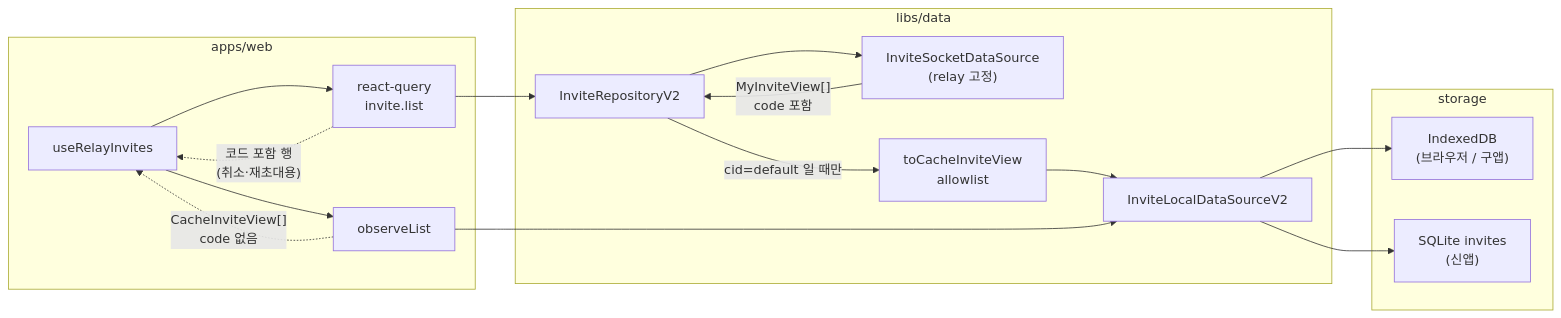
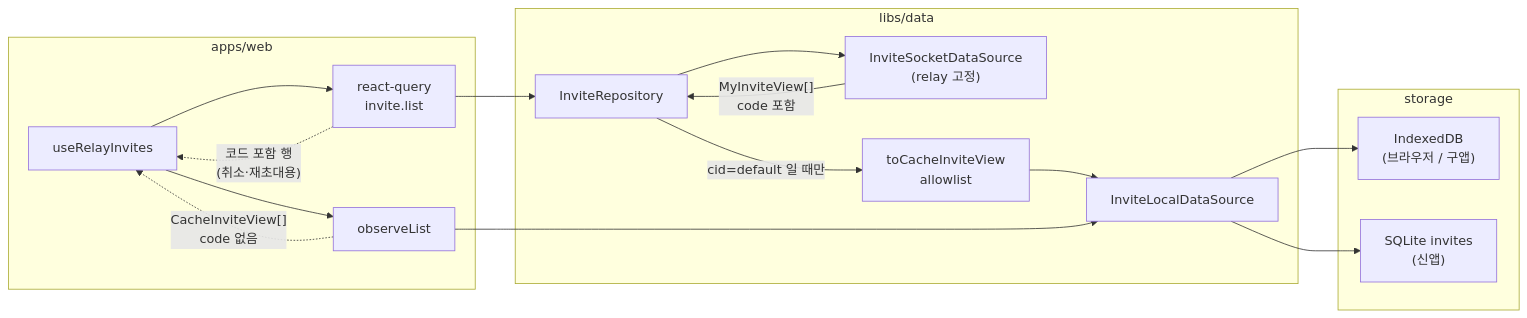
One commit to lemoncloud-io/dou-app changed the first of 4 diagrams in libs/app-runtime/docs/data/invite-local-cache.md. Above: the diagram before and after it, drawn with Mermaid. The commit also changed other lines of this file and 86 other files, not shown here.

````diff
--- a/libs/app-runtime/docs/data/invite-local-cache.md
+++ b/libs/app-runtime/docs/data/invite-local-cache.md
@@ -167,27 +167,27 @@
 ```mermaid
 flowchart LR
   subgraph W["apps/web"]
     H["useRelayInvites"]
     RQ["react-query<br/>invite.list"]
     OBS["observeList"]
   end
   subgraph D["libs/data"]
-    REPO["InviteRepositoryV2"]
-    LDS["InviteLocalDataSourceV2"]
+    REPO["InviteRepository"]
+    LDS["InviteLocalDataSource"]
     RDS["InviteSocketDataSource<br/>(relay 고정)"]
     MAP["toCacheInviteView<br/>allowlist"]
   end
   subgraph S["storage"]
     IDB["IndexedDB<br/>(브라우저 / 구앱)"]
     SQL["SQLite invites<br/>(신앱)"]
   end
 
   H --> RQ --> REPO --> RDS
   RDS -- "MyInviteView[]<br/>code 포함" --> REPO
   REPO -- "cid=default 일 때만" --> MAP --> LDS
   LDS --> IDB
   LDS --> SQL
   H --> OBS --> LDS
   OBS -. "CacheInviteView[]<br/>code 없음" .-> H
   RQ -. "코드 포함 행<br/>(취소·재초대용)" .-> H
 ```
````
